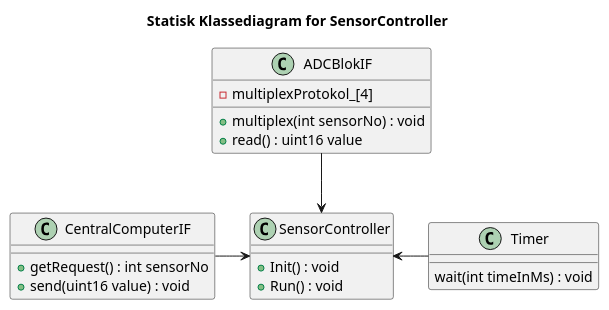
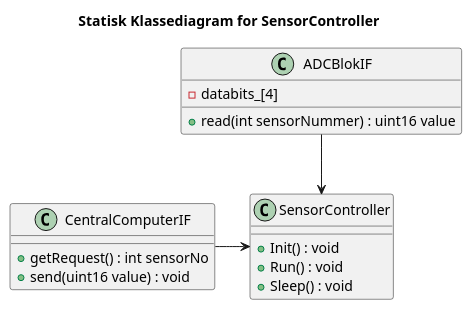
Before and after one commit to Solvgraa-mager/E4PRJ4: the diagram in Design/SE/SensorController/Software/SensorControllerKlassediagram.puml, drawn with PlantUML. The commit also changed 29 other files, not shown here.

```diff
--- a/Design/SE/SensorController/Software/SensorControllerKlassediagram.puml
+++ b/Design/SE/SensorController/Software/SensorControllerKlassediagram.puml
@@ -1,25 +1,22 @@
-@startuml
+@startuml StatiskKlassediagramforSensorController
 title Statisk Klassediagram for SensorController
 
 class SensorController{
     +Init() : void
     +Run() : void
+    +Sleep() : void
 }
 class ADCBlokIF{
-    +multiplex(int sensorNo) : void
-    +read() : uint16 value
-    -multiplexProtokol_[4]
+    +read(int sensorNummer) : uint16 value
+    -databits_[4]
 }
 class CentralComputerIF{
     +getRequest() : int sensorNo
     +send(uint16 value) : void
 }
-class Timer{
-    wait(int timeInMs) : void
-}
+
 
 ADCBlokIF --> SensorController
 CentralComputerIF -> SensorController
-SensorController <- Timer
 
 @enduml
```
